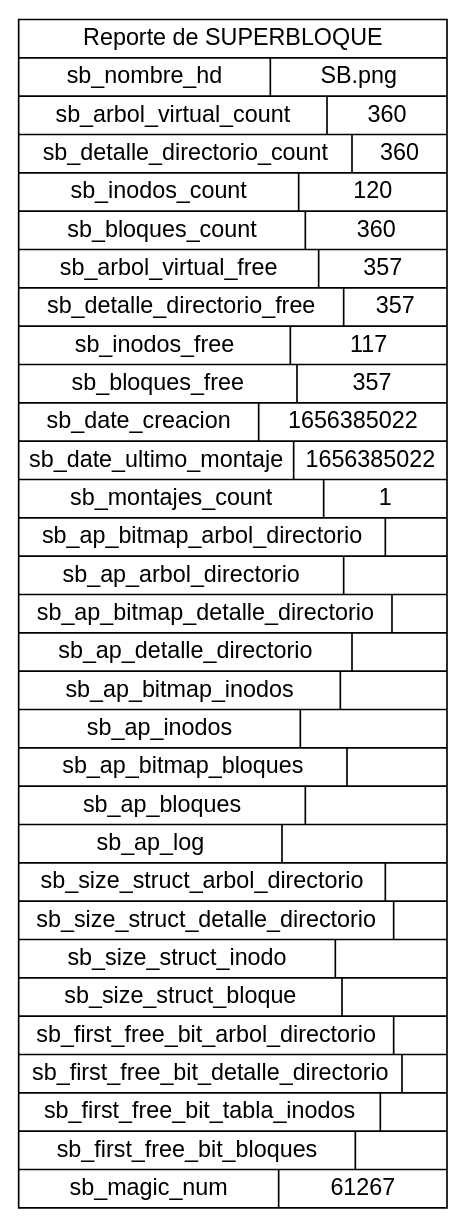
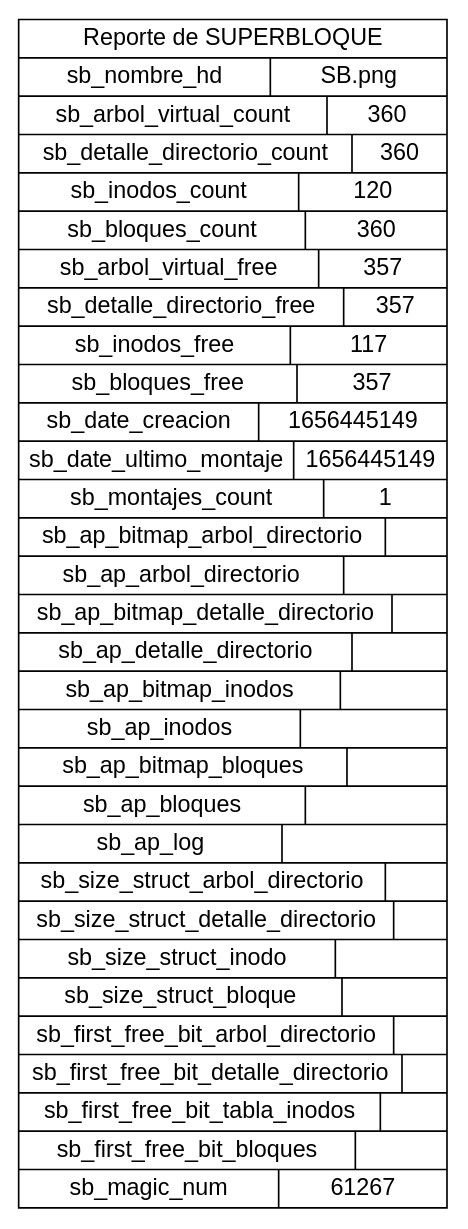
One commit to jona1403/Sistema-de-archivos changed the diagram in Source/ReporteSB.dot. Above: the diagram before and after it, drawn with Graphviz. The commit also changed 15 other files, not shown here.

```diff
--- a/Source/ReporteSB.dot
+++ b/Source/ReporteSB.dot
@@ -1,1 +1,1 @@
-digraph G{fontname="Helvetica,Arial,sans-serif"node [fontname="Helvetica,Arial,sans-serif"]edge [fontname="Helvetica,Arial,sans-serif"]concentrate=True;rankdir=LR;node [shape=record];1 [label="Reporte de SUPERBLOQUE | { sb_nombre_hd |SB.png}|{sb_arbol_virtual_count|360}|{sb_detalle_directorio_count|360}|{sb_inodos_count|120}|{sb_bloques_count|360}|{sb_arbol_virtual_free|357}|{sb_detalle_directorio_free|357}|{sb_inodos_free|117}|{sb_bloques_free|357}|{sb_date_creacion|1656385022}|{sb_date_ultimo_montaje|1656385022}|{sb_montajes_count|1}|{sb_ap_bitmap_arbol_directorio|}|{sb_ap_arbol_directorio|}|{sb_ap_bitmap_detalle_directorio|}|{sb_ap_detalle_directorio|}|{sb_ap_bitmap_inodos|}|{sb_ap_inodos|}|{sb_ap_bitmap_bloques|}|{sb_ap_bloques|}|{sb_ap_log|}|{sb_size_struct_arbol_directorio|}|{sb_size_struct_detalle_directorio|}|{sb_size_struct_inodo|}|{sb_size_struct_bloque|}|{sb_first_free_bit_arbol_directorio|}|{sb_first_free_bit_detalle_directorio|}|{sb_first_free_bit_tabla_inodos|}|{sb_first_free_bit_bloques|}|{sb_magic_num|61267}"];}
+digraph G{fontname="Helvetica,Arial,sans-serif"node [fontname="Helvetica,Arial,sans-serif"]edge [fontname="Helvetica,Arial,sans-serif"]concentrate=True;rankdir=LR;node [shape=record];1 [label="Reporte de SUPERBLOQUE | { sb_nombre_hd |SB.png}|{sb_arbol_virtual_count|360}|{sb_detalle_directorio_count|360}|{sb_inodos_count|120}|{sb_bloques_count|360}|{sb_arbol_virtual_free|357}|{sb_detalle_directorio_free|357}|{sb_inodos_free|117}|{sb_bloques_free|357}|{sb_date_creacion|1656445149}|{sb_date_ultimo_montaje|1656445149}|{sb_montajes_count|1}|{sb_ap_bitmap_arbol_directorio|}|{sb_ap_arbol_directorio|}|{sb_ap_bitmap_detalle_directorio|}|{sb_ap_detalle_directorio|}|{sb_ap_bitmap_inodos|}|{sb_ap_inodos|}|{sb_ap_bitmap_bloques|}|{sb_ap_bloques|}|{sb_ap_log|}|{sb_size_struct_arbol_directorio|}|{sb_size_struct_detalle_directorio|}|{sb_size_struct_inodo|}|{sb_size_struct_bloque|}|{sb_first_free_bit_arbol_directorio|}|{sb_first_free_bit_detalle_directorio|}|{sb_first_free_bit_tabla_inodos|}|{sb_first_free_bit_bloques|}|{sb_magic_num|61267}"];}
```
